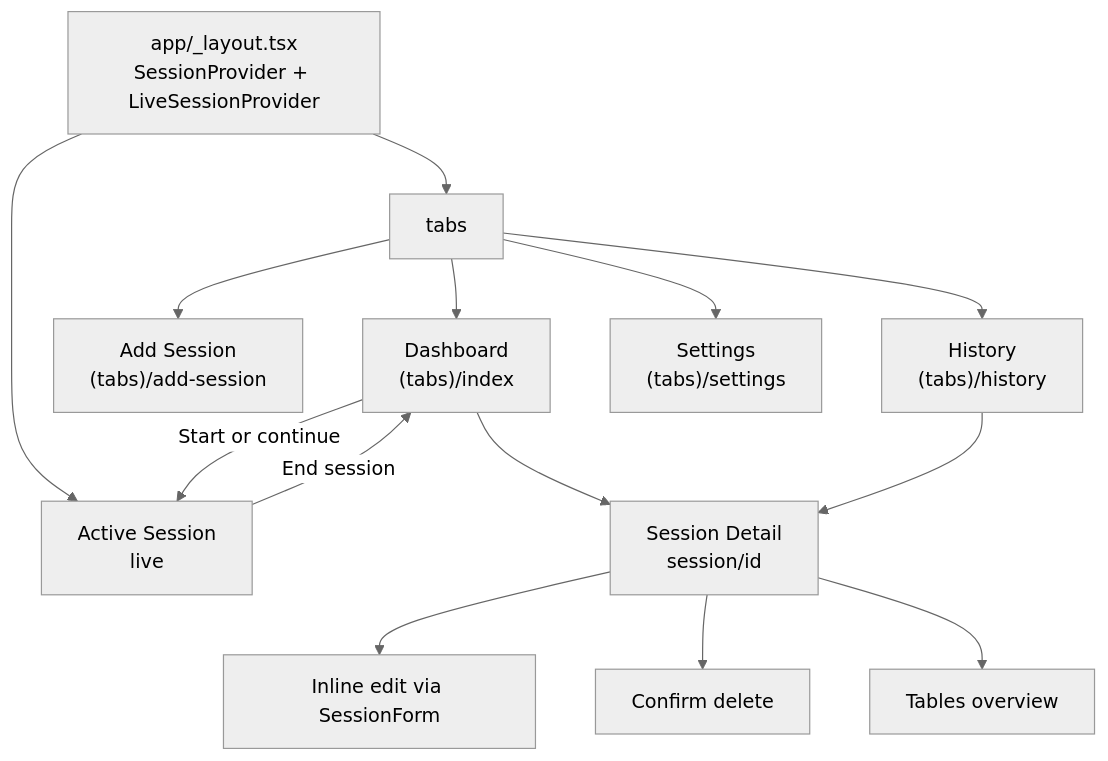
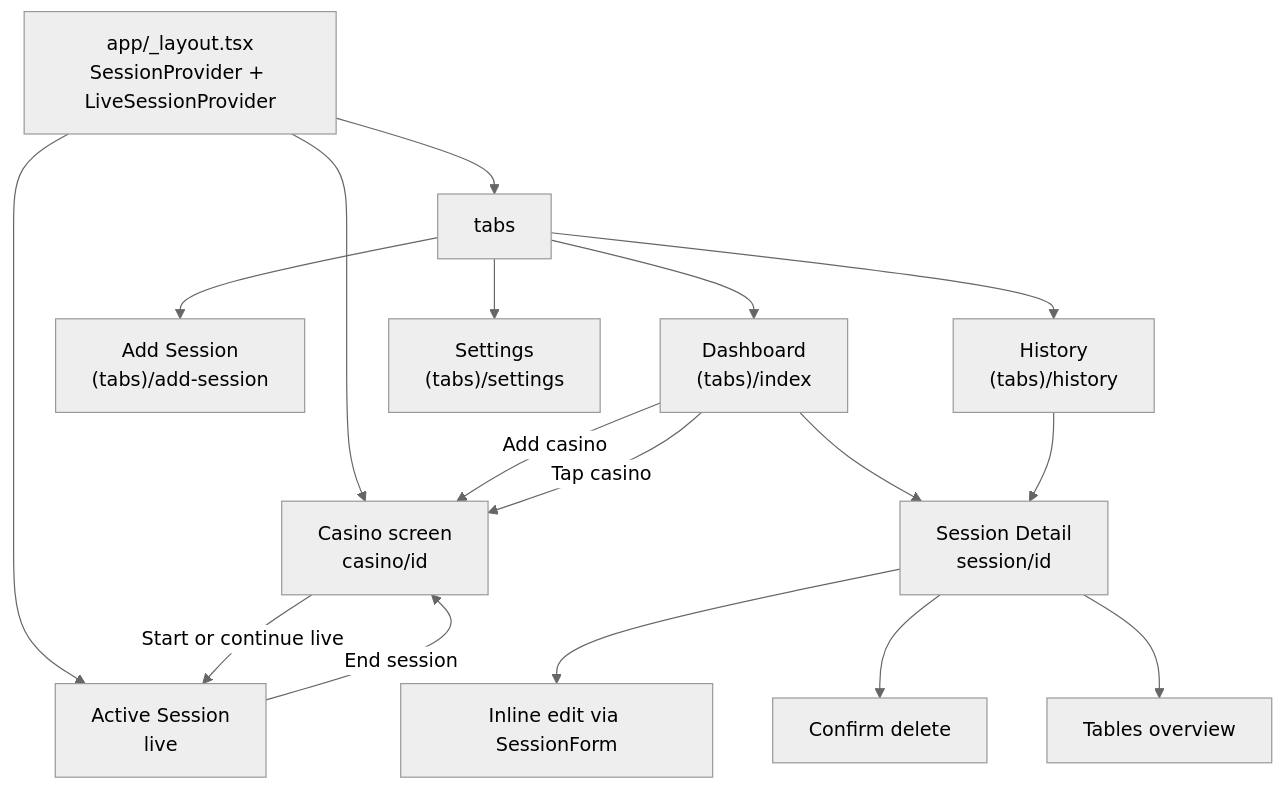
The first of 8 diagrams in docs/flow.md (Trevor5008/StackTrack), drawn with Mermaid (neutral theme) before and after one commit. The commit also changed other lines of this file and 27 other files, not shown here.

````diff
--- a/docs/flow.md
+++ b/docs/flow.md
@@ -7,18 +7,21 @@
 ```mermaid
 flowchart TD
   Root["app/_layout.tsx<br/>SessionProvider + LiveSessionProvider"] --> Tabs[tabs]
   Root --> Live["Active Session<br/>live"]
+  Root --> Casino["Casino screen<br/>casino/id"]
 
   Tabs --> Dashboard["Dashboard<br/>(tabs)/index"]
   Tabs --> Add["Add Session<br/>(tabs)/add-session"]
   Tabs --> History["History<br/>(tabs)/history"]
   Tabs --> Settings["Settings<br/>(tabs)/settings"]
 
-  Dashboard -->|Start or continue| Live
-  Live -->|End session| Dashboard
+  Dashboard -->|Add casino| Casino
+  Dashboard -->|Tap casino| Casino
+  Casino -->|Start or continue live| Live
+  Live -->|End session| Casino
   Dashboard --> Detail["Session Detail<br/>session/id"]
   History --> Detail
   Detail --> Edit[Inline edit via SessionForm]
   Detail --> Delete[Confirm delete]
   Detail --> Tables[Tables overview]
 ```
````
